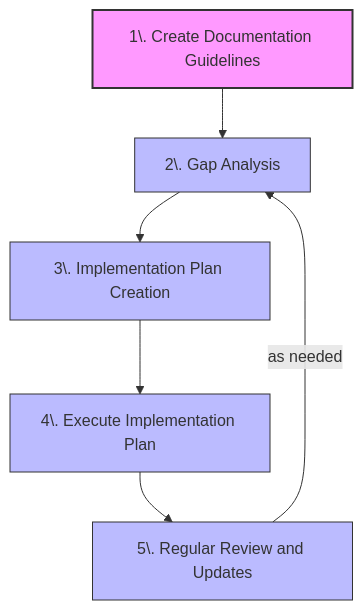
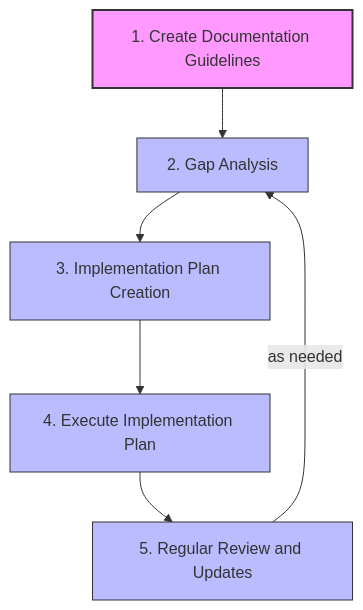
Before and after one commit to ToyB0x/ai-coding-rules: the second of 2 diagrams in README.md, drawn with Mermaid. The commit also changed other lines of this file and 1 other file, not shown here.

Commit message:
docs: update mermaid diagrams for consistency in terminology and formatting

````diff
--- a/README.md
+++ b/README.md
@@ -107,13 +107,13 @@
 ```mermaid
 graph TD
-    A[1\. Create Documentation Guidelines] --> B[2\. Gap Analysis]
-    B --> C[3\. Implementation Plan Creation]
-    C --> D[4\. Execute Implementation Plan]
-    D --> E[5\. Regular Review and Updates]
-    E -->|as needed| B
+    A["1. Create Documentation Guidelines"] --> B["2. Gap Analysis"]
+    B --> C["3. Implementation Plan Creation"]
+    C --> D["4. Execute Implementation Plan"]
+    D --> E["5. Regular Review and Updates"]
+    E -->|"as needed"| B
     style A fill:#f9f,stroke:#333,stroke-width:2px
     style B fill:#bbf,stroke:#333,stroke-width:1px
     style C fill:#bbf,stroke:#333,stroke-width:1px
     style D fill:#bbf,stroke:#333,stroke-width:1px
     style E fill:#bbf,stroke:#333,stroke-width:1px
 ```
````
